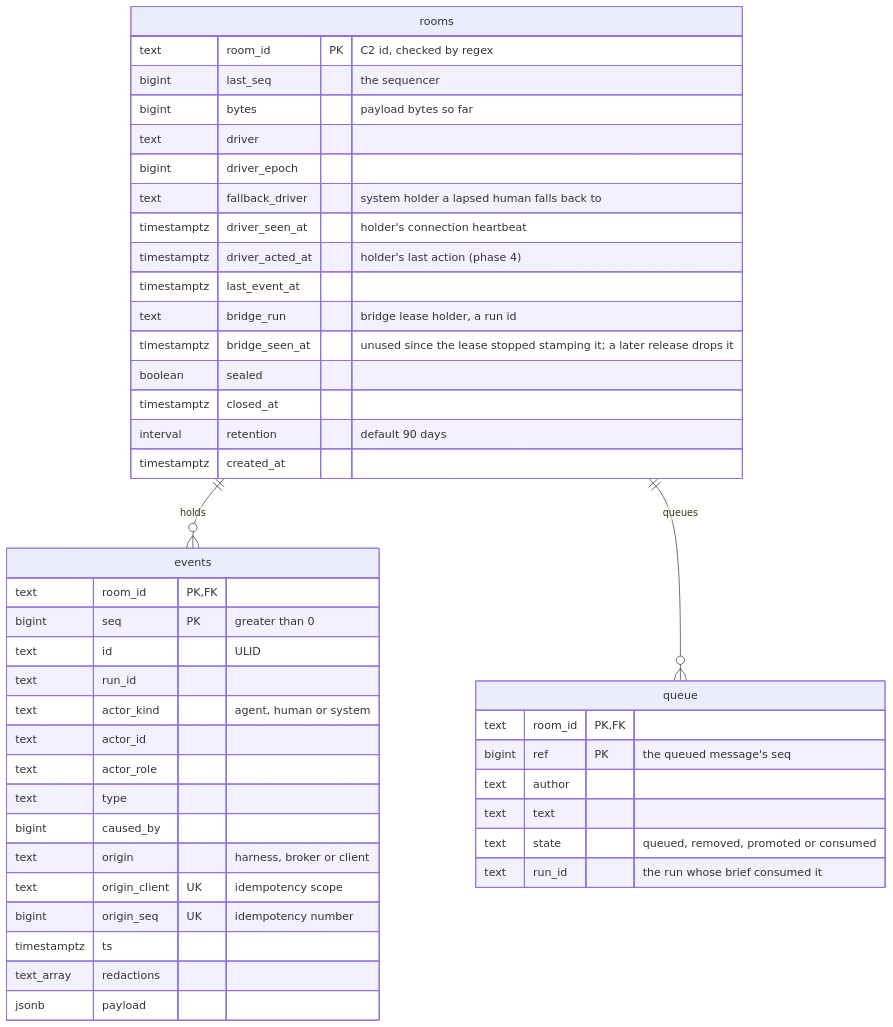
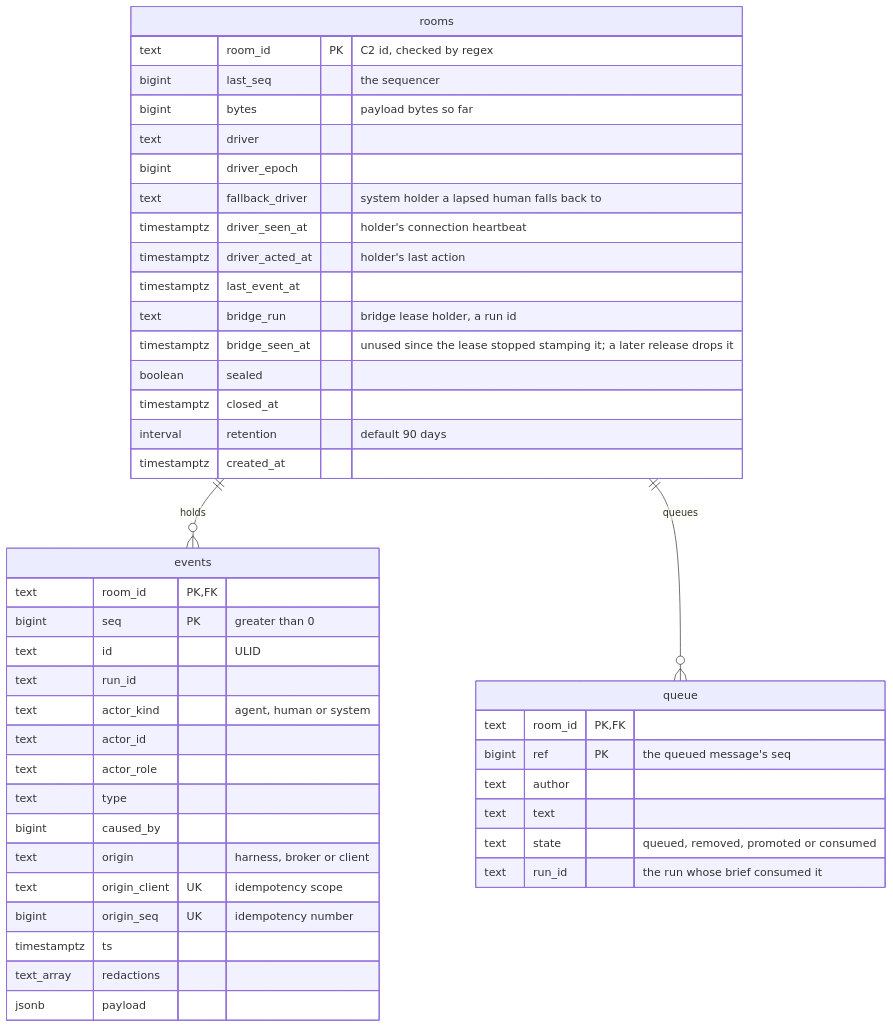
One commit to Smana/agent-platform changed the first of 3 diagrams in docs/room-log.md. Above: the diagram before and after it, drawn with Mermaid. The commit also changed other lines of this file and 21 other files, not shown here.

````diff
--- a/docs/room-log.md
+++ b/docs/room-log.md
@@ -12,47 +11,47 @@
 ```mermaid
 erDiagram
   rooms ||--o{ events : "holds"
   rooms ||--o{ queue : "queues"
   rooms {
     text room_id PK "C2 id, checked by regex"
     bigint last_seq "the sequencer"
     bigint bytes "payload bytes so far"
     text driver
     bigint driver_epoch
     text fallback_driver "system holder a lapsed human falls back to"
     timestamptz driver_seen_at "holder's connection heartbeat"
-    timestamptz driver_acted_at "holder's last action (phase 4)"
+    timestamptz driver_acted_at "holder's last action"
     timestamptz last_event_at
     text bridge_run "bridge lease holder, a run id"
     timestamptz bridge_seen_at "unused since the lease stopped stamping it; a later release drops it"
     boolean sealed
     timestamptz closed_at
     interval retention "default 90 days"
     timestamptz created_at
   }
   events {
     text room_id PK, FK
     bigint seq PK "greater than 0"
     text id "ULID"
     text run_id
     text actor_kind "agent, human or system"
     text actor_id
     text actor_role
     text type
     bigint caused_by
     text origin "harness, broker or client"
     text origin_client UK "idempotency scope"
     bigint origin_seq UK "idempotency number"
     timestamptz ts
     text_array redactions
     jsonb payload
   }
   queue {
     text room_id PK, FK
     bigint ref PK "the queued message's seq"
     text author
     text text
     text state "queued, removed, promoted or consumed"
     text run_id "the run whose brief consumed it"
   }
 ```
````
